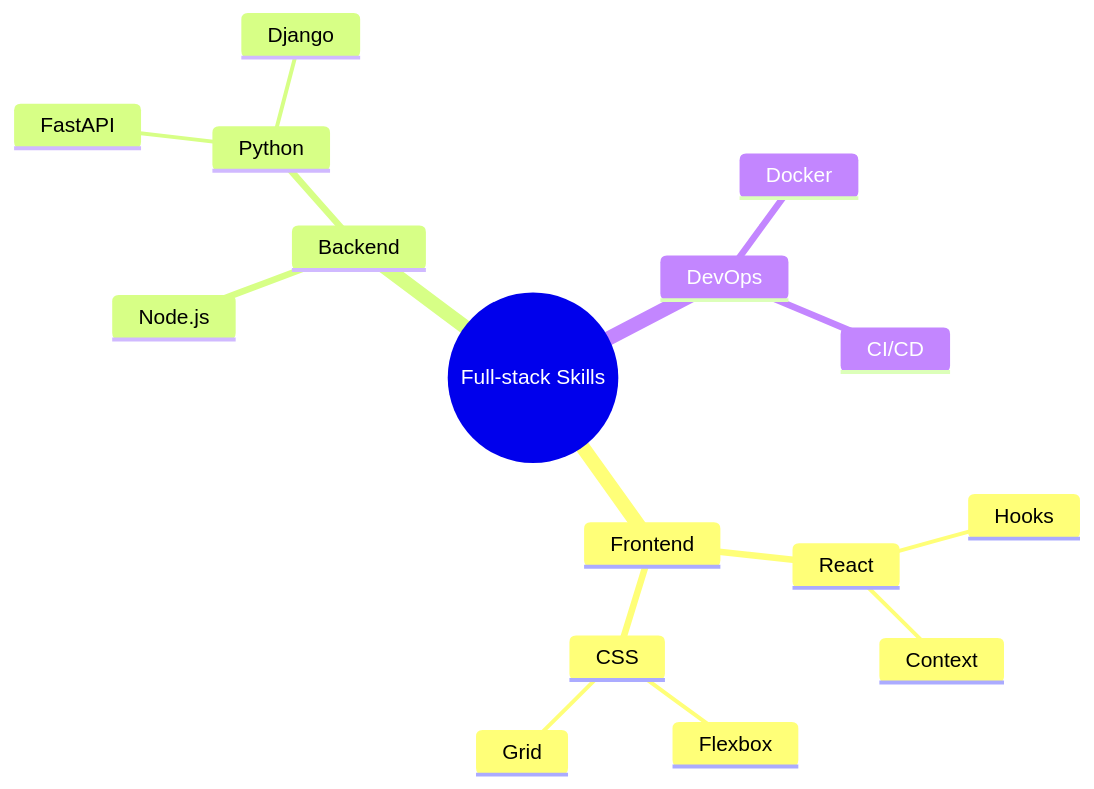
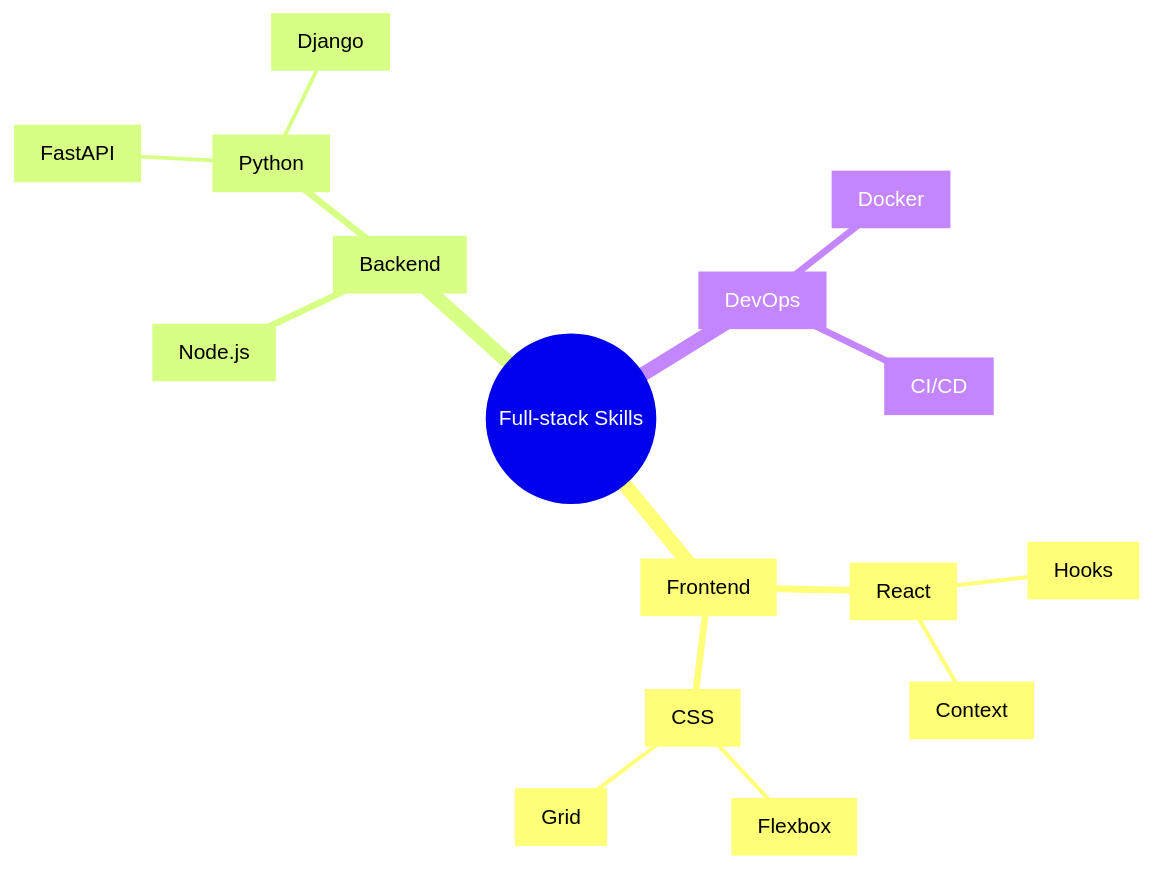
Before and after one commit to kouko/monkey-skills: the seventh of 7 diagrams in obsidian/skills/obsidian-mermaid-visualizer/flow/mindmap.md, drawn with Mermaid. The commit also changed other lines of this file and 17 other files, not shown here.

````diff
--- a/obsidian/skills/obsidian-mermaid-visualizer/flow/mindmap.md
+++ b/obsidian/skills/obsidian-mermaid-visualizer/flow/mindmap.md
@@ -124,19 +127,19 @@
 ```mermaid
 mindmap
-  root((Full-stack Skills))
-    Frontend
-      React
-        Hooks
-        Context
-      CSS
-        Flexbox
-        Grid
-    Backend
-      Node.js
-      Python
-        FastAPI
-        Django
-    DevOps
-      Docker
-      CI/CD
+  root(("Full-stack Skills"))
+    Frontend["Frontend"]
+      React["React"]
+        Hooks["Hooks"]
+        Context["Context"]
+      CSS["CSS"]
+        Flexbox["Flexbox"]
+        Grid["Grid"]
+    Backend["Backend"]
+      NodeJS["Node.js"]
+      Python["Python"]
+        FastAPI["FastAPI"]
+        Django["Django"]
+    DevOps["DevOps"]
+      Docker["Docker"]
+      CICD["CI/CD"]
 ```
````
